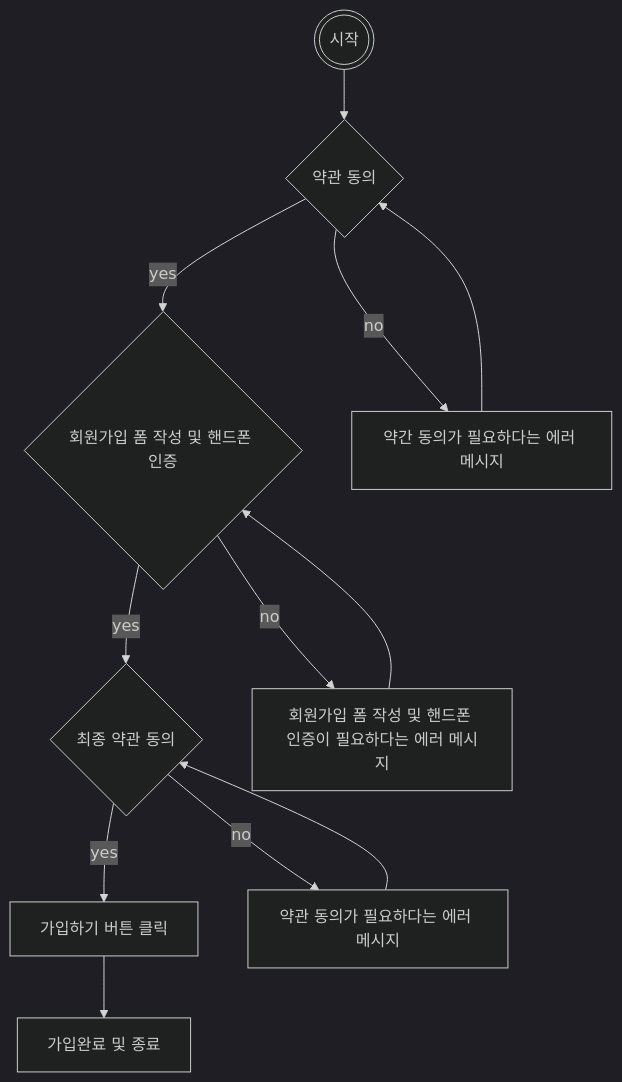
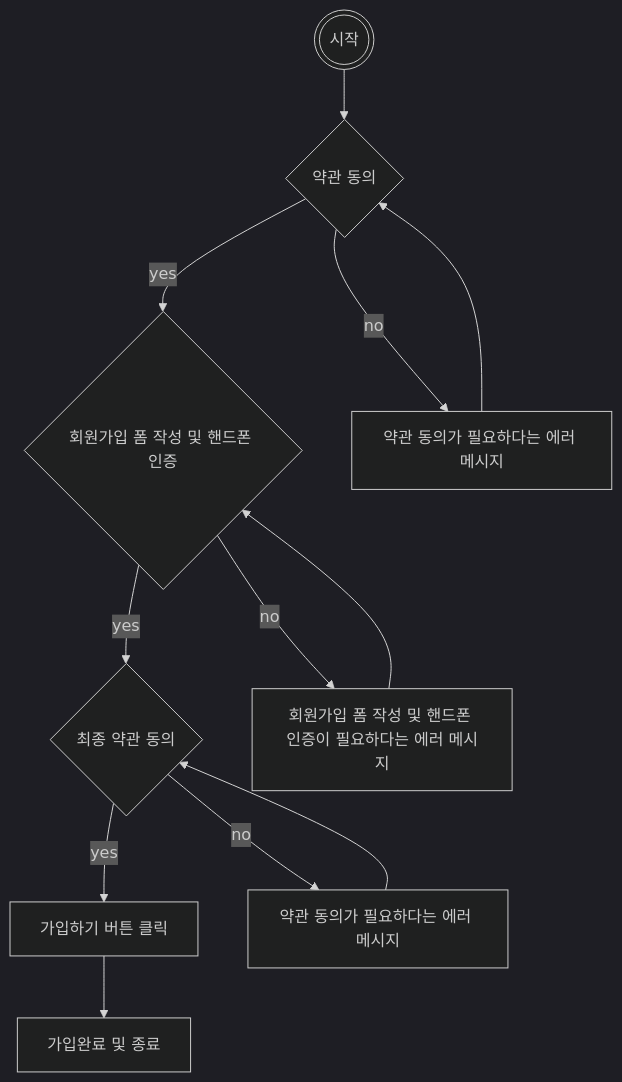
Before and after one commit to 95126m/OnboardingProject: the diagram in 회원가입/design/기능정의서.md, drawn with Mermaid (dark theme).

Commit message:
오타 수정

````diff
--- a/회원가입/design/기능정의서.md
+++ b/회원가입/design/기능정의서.md
@@ -49,14 +49,14 @@
 ```mermaid
     flowchart TD
     I(((시작))) --> A{약관 동의}
     A{약관 동의} -- yes --> B{회원가입 폼 작성}
     A{약관 동의} -- no --> D[약관 동의가 필요하다는 에러 메시지]
-    D[약간 동의가 필요하다는 에러 메시지] --> A{약관 동의}
+    D[약관 동의가 필요하다는 에러 메시지] --> A{약관 동의}
     B{회원가입 폼 작성 및 핸드폰 인증} -- yes --> C{최종 약관 동의}
     B{회원가입 폼 작성 및 핸드폰 인증} -- no -->  E[회원가입 폼 작성 및 핸드폰 인증이 필요하다는 에러 메시지]
     E[회원가입 폼 작성 및 핸드폰 인증이 필요하다는 에러 메시지] --> B{회원가입 폼 작성 및 핸드폰 인증}
     C{최종 약관 동의} -- yes  --> G[가입하기 버튼 클릭]
     C{최종 약관 동의}-- no -->  F[약관 동의가 필요하다는 에러 메시지]
     F[약관 동의가 필요하다는 에러 메시지]--> C{최종 약관 동의}
     G[가입하기 버튼 클릭] --> H[가입완료 및 종료]
 ```
````
